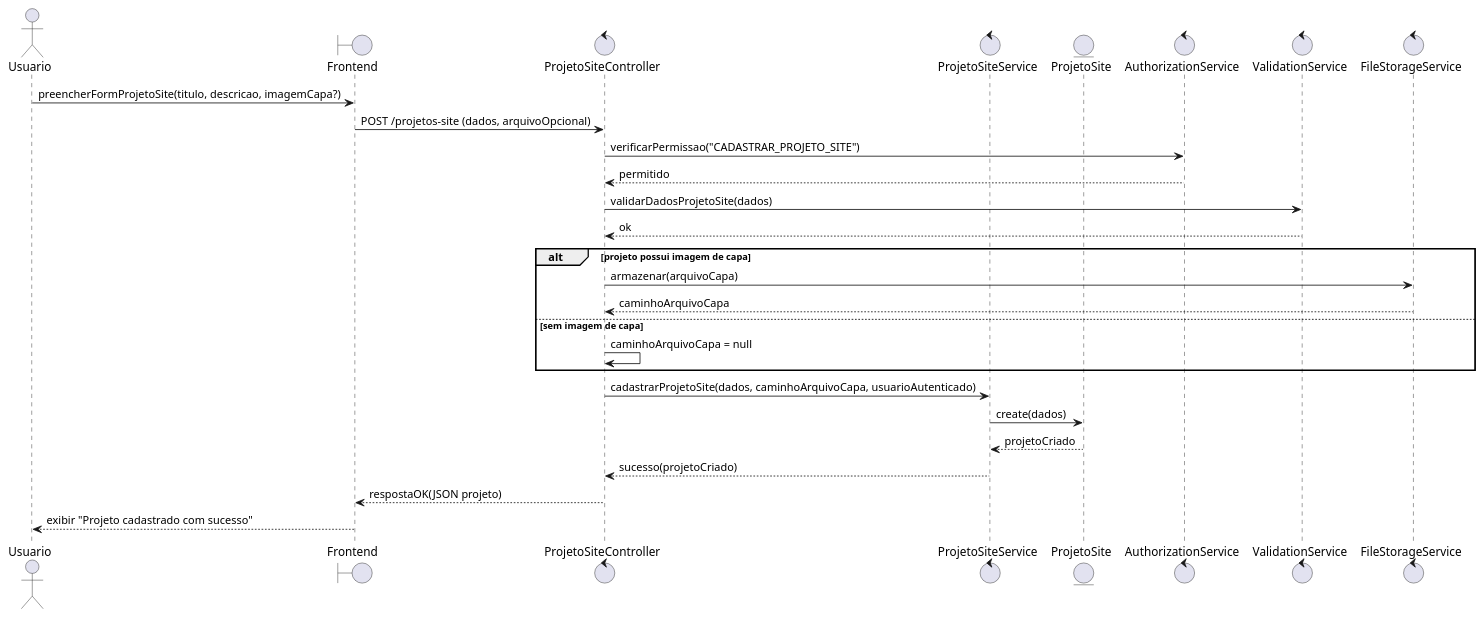
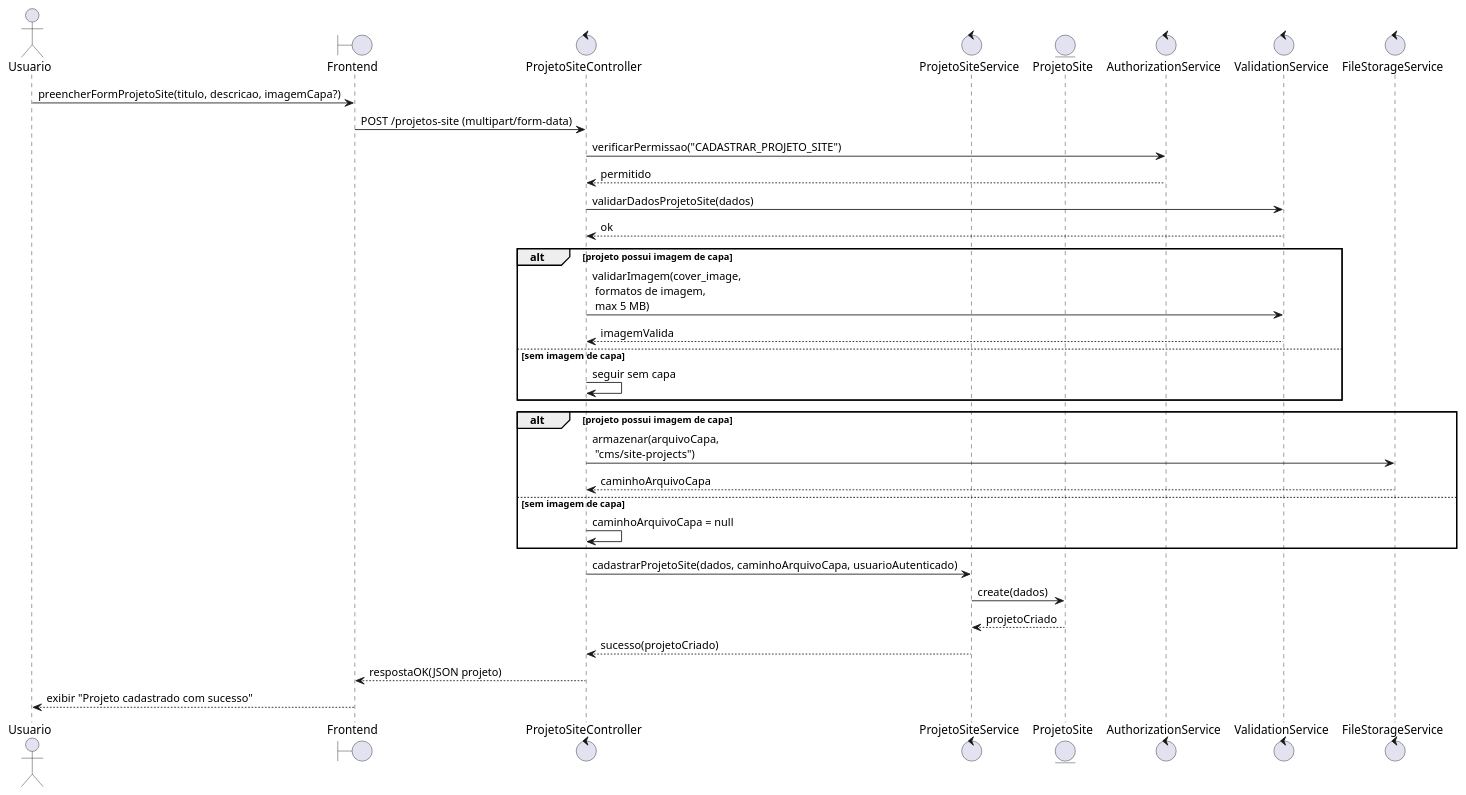
One commit to ICEI-PUC-Minas-PPLES-TI/plf-es-2025-2-tcci-0393100-dev-bernardo-biondini changed the diagram in Artefatos/Sequencia/cad_pro_sit.puml. Above: the diagram before and after it, drawn with PlantUML. The commit also changed 96 other files, not shown here.

Commit message:
Remoção de casos de uso e diagramas desnecessários e adaptações dos diagramas ao contexo atual do projeto

```diff
--- a/Artefatos/Sequencia/cad_pro_sit.puml
+++ b/Artefatos/Sequencia/cad_pro_sit.puml
@@ -1,37 +1,44 @@
 @startuml
 actor Usuario
 
 boundary Frontend as FE
 control ProjetoSiteController as C
 control ProjetoSiteService as S
 entity ProjetoSite as M
 control AuthorizationService as AuthZ
 control ValidationService as Val
 control FileStorageService as FS
 
 Usuario -> FE : preencherFormProjetoSite(titulo, descricao, imagemCapa?)
-FE -> C : POST /projetos-site (dados, arquivoOpcional)
+FE -> C : POST /projetos-site (multipart/form-data)
 
 C -> AuthZ : verificarPermissao("CADASTRAR_PROJETO_SITE")
 AuthZ --> C : permitido
 
 C -> Val : validarDadosProjetoSite(dados)
 Val --> C : ok
 
 alt projeto possui imagem de capa
-    C -> FS : armazenar(arquivoCapa)
+    C -> Val : validarImagem(cover_image,\n formatos de imagem,\n max 5 MB)
+    Val --> C : imagemValida
+else sem imagem de capa
+    C -> C : seguir sem capa
+end
+
+alt projeto possui imagem de capa
+    C -> FS : armazenar(arquivoCapa,\n "cms/site-projects")
     FS --> C : caminhoArquivoCapa
 else sem imagem de capa
     C -> C : caminhoArquivoCapa = null
 end
 
 C -> S : cadastrarProjetoSite(dados, caminhoArquivoCapa, usuarioAutenticado)
 
 S -> M : create(dados)
 M --> S : projetoCriado
 
 S --> C : sucesso(projetoCriado)
 C --> FE : respostaOK(JSON projeto)
 FE --> Usuario : exibir "Projeto cadastrado com sucesso"
 
 @enduml
```
